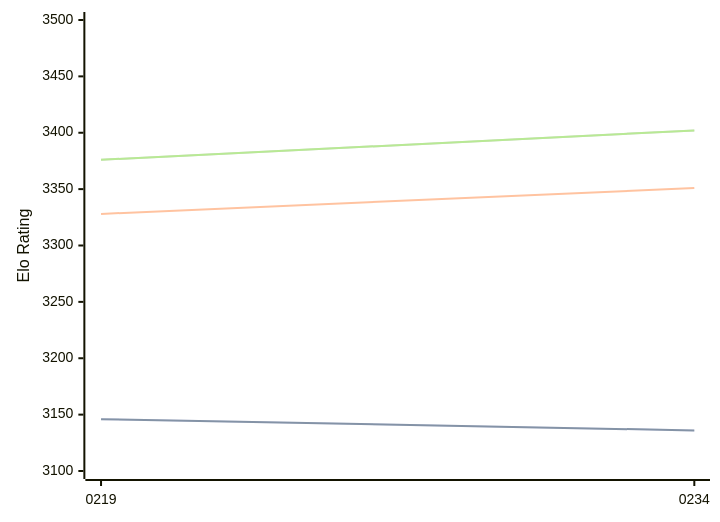
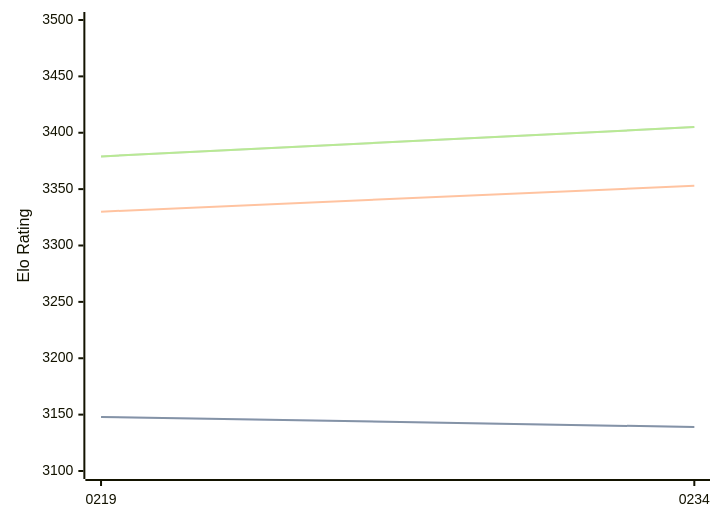
Before and after one commit to computer-chess-index/cci: the diagram in engines/Ynode.md, drawn with Mermaid. The commit also changed other lines of this file, not shown here.

Commit message:
Update CCI Ratings (ELO VLTC) - 2026-09-24

````diff
--- a/engines/Ynode.md
+++ b/engines/Ynode.md
@@ -32,11 +32,11 @@
 ```mermaid
 %%{init: {"theme":"base","themeVariables":{"seriesColors:['#a3a3a3','#222221','#faa371']}}}%%
 xychart-beta
   x-axis ["0219", "0234"]
   y-axis "Elo Rating" 3100 --> 3500
-  line "" [3146, 3136]
-  line "STC (8.0+0.08s)" [3146, 3136]
-  line "LTC (60.0+0.60s)" [3328, 3351]
-  line "" [3376, 3402]
-  line "VLTC (2m24s+1.12s)" [3376, 3402]
+  line "" [3148, 3139]
+  line "STC (8.0+0.08s)" [3148, 3139]
+  line "LTC (60.0+0.60s)" [3330, 3353]
+  line "" [3379, 3405]
+  line "VLTC (2m24s+1.12s)" [3379, 3405]
 ```
````
